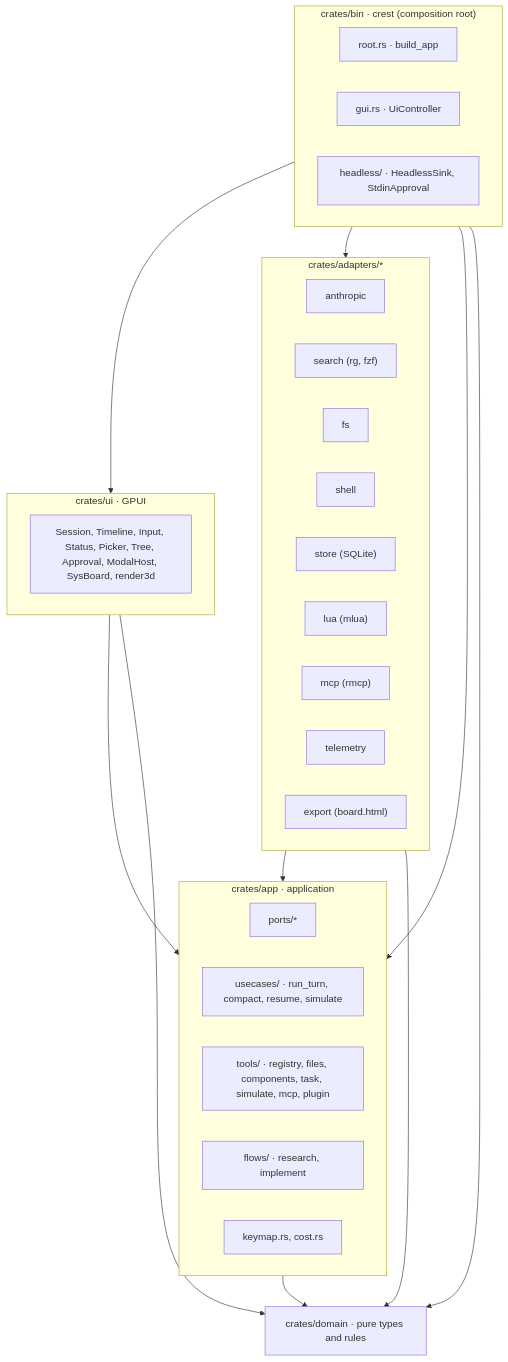
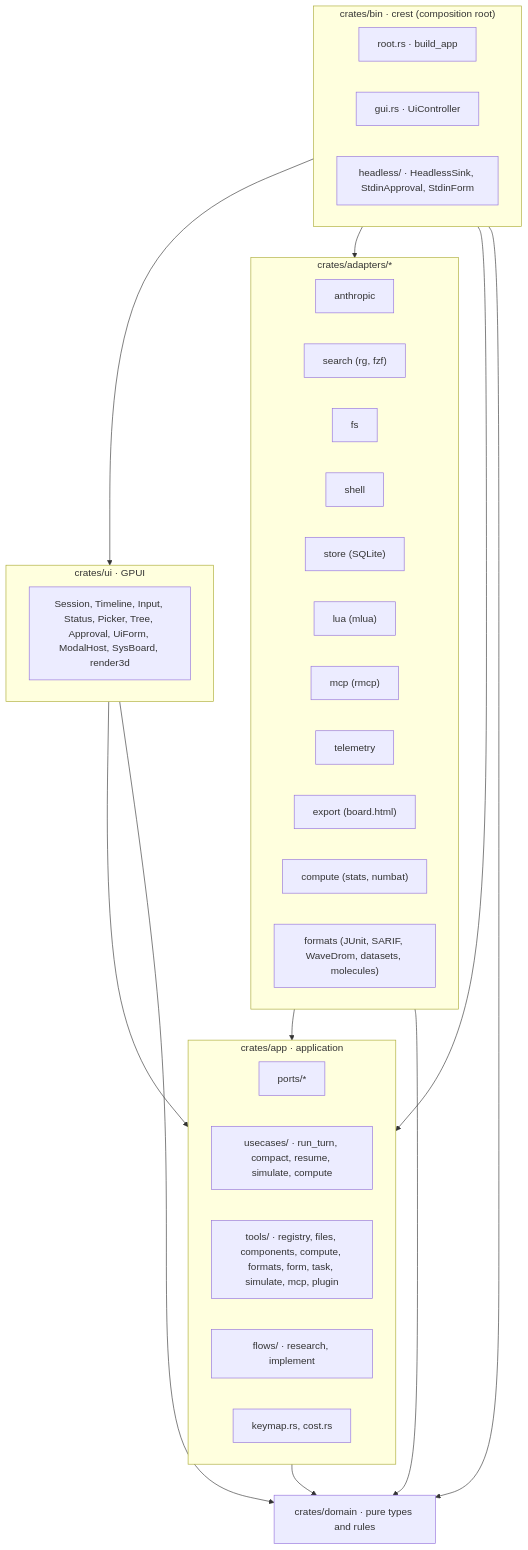
Before and after one commit to lazaroMB/crest: the first of 4 diagrams in docs/architecture.md, drawn with Mermaid. The commit also changed other lines of this file and 5 other files, not shown here.

Commit message:
docs: chat blocks phase 1 (statistics, calc, math, forms, plots, reports, datasets, molecules, plates)

````diff
--- a/docs/architecture.md
+++ b/docs/architecture.md
@@ -11,35 +11,37 @@
 ```mermaid
 flowchart TB
     subgraph bin["crates/bin · crest (composition root)"]
         root["root.rs · build_app"]
         gui["gui.rs · UiController"]
-        headless["headless/ · HeadlessSink, StdinApproval"]
+        headless["headless/ · HeadlessSink, StdinApproval, StdinForm"]
     end
     subgraph ui["crates/ui · GPUI"]
-        session["Session, Timeline, Input, Status, Picker, Tree, Approval, ModalHost, SysBoard, render3d"]
+        session["Session, Timeline, Input, Status, Picker, Tree, Approval, UiForm, ModalHost, SysBoard, render3d"]
     end
     subgraph adapters["crates/adapters/*"]
         anthropic["anthropic"]
         search["search (rg, fzf)"]
         fs["fs"]
         shell["shell"]
         store["store (SQLite)"]
         lua["lua (mlua)"]
         mcp["mcp (rmcp)"]
         telemetry["telemetry"]
         export["export (board.html)"]
+        compute["compute (stats, numbat)"]
+        formats["formats (JUnit, SARIF, WaveDrom, datasets, molecules)"]
     end
     subgraph app["crates/app · application"]
         ports["ports/*"]
-        usecases["usecases/ · run_turn, compact, resume, simulate"]
-        tools["tools/ · registry, files, components, task, simulate, mcp, plugin"]
+        usecases["usecases/ · run_turn, compact, resume, simulate, compute"]
+        tools["tools/ · registry, files, components, compute, formats, form, task, simulate, mcp, plugin"]
         flows["flows/ · research, implement"]
         keymap["keymap.rs, cost.rs"]
     end
     domain["crates/domain · pure types and rules"]
 
     bin --> ui & adapters & app & domain
     ui --> app & domain
     adapters --> app & domain
     app --> domain
 ```
````
